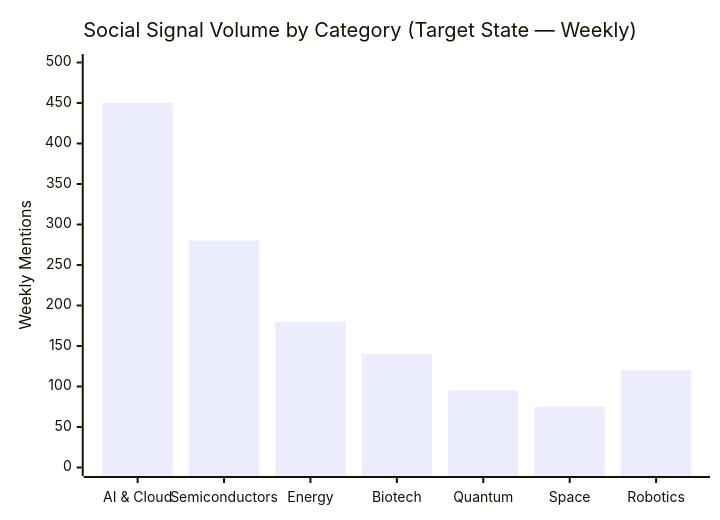
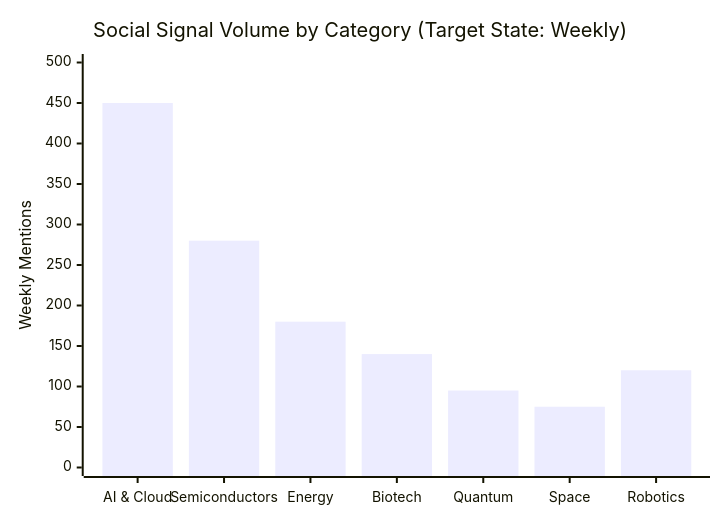
One commit to mengliang10/future changed the third of 3 diagrams in enhancements/14-social-listening.md. Above: the diagram before and after it, drawn with Mermaid. The commit also changed other lines of this file and 348 other files, not shown here.

Commit message:
Global removal of em-dashes, homepage section reordering, and flow improvements

````diff
--- a/enhancements/14-social-listening.md
+++ b/enhancements/14-social-listening.md
@@ -152,7 +152,7 @@
 ```mermaid
 xychart-beta
-    title "Social Signal Volume by Category (Target State — Weekly)"
+    title "Social Signal Volume by Category (Target State: Weekly)"
     x-axis ["AI & Cloud", "Semiconductors", "Energy", "Biotech", "Quantum", "Space", "Robotics"]
     y-axis "Weekly Mentions" 0 --> 500
     bar [450, 280, 180, 140, 95, 75, 120]
 ```
````
